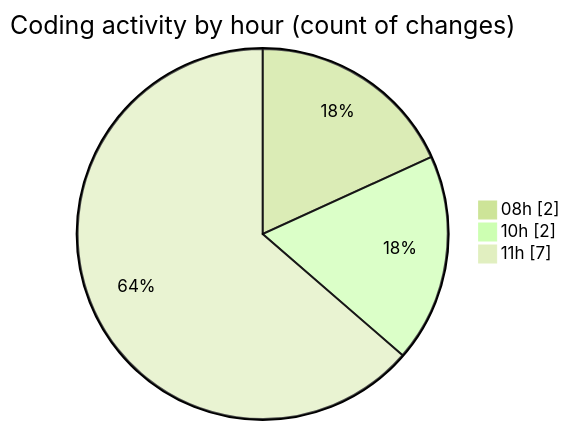
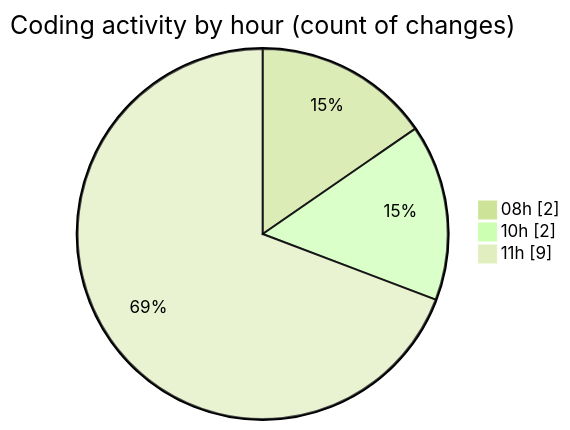
The second of 2 diagrams in 2026-03-17/cilapp/README.md (ricardozamudiocil/code-tracking), drawn with Mermaid (forest theme) before and after one commit. The commit also changed other lines of this file and 1 other file, not shown here.

````diff
--- a/2026-03-17/cilapp/README.md
+++ b/2026-03-17/cilapp/README.md
@@ -33,7 +33,7 @@
 ```mermaid
 pie showData
 title Coding activity by hour (count of changes)
 "08h" : 2
 "10h" : 2
-"11h" : 7
+"11h" : 9
 ```
````
